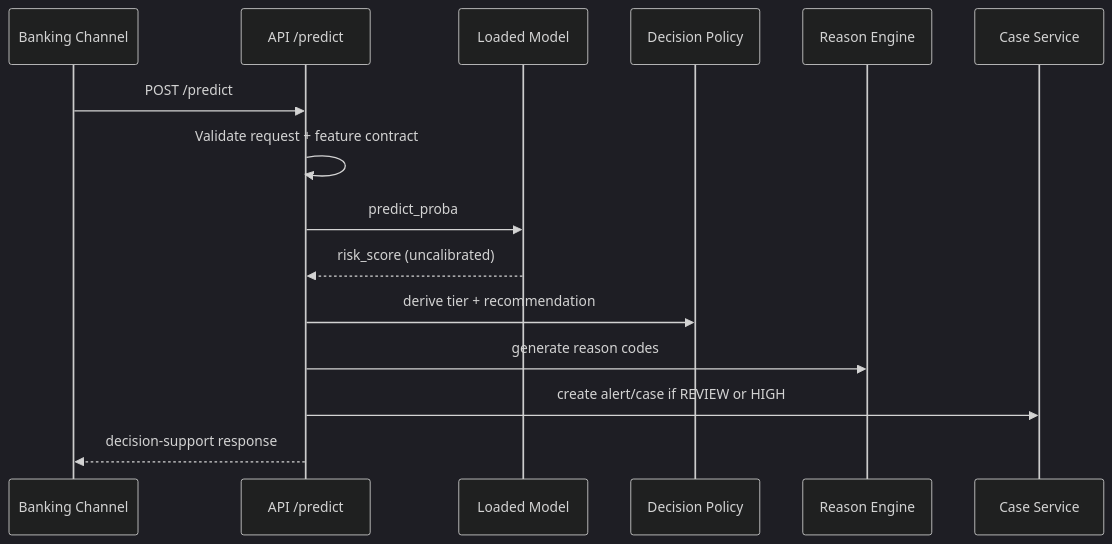
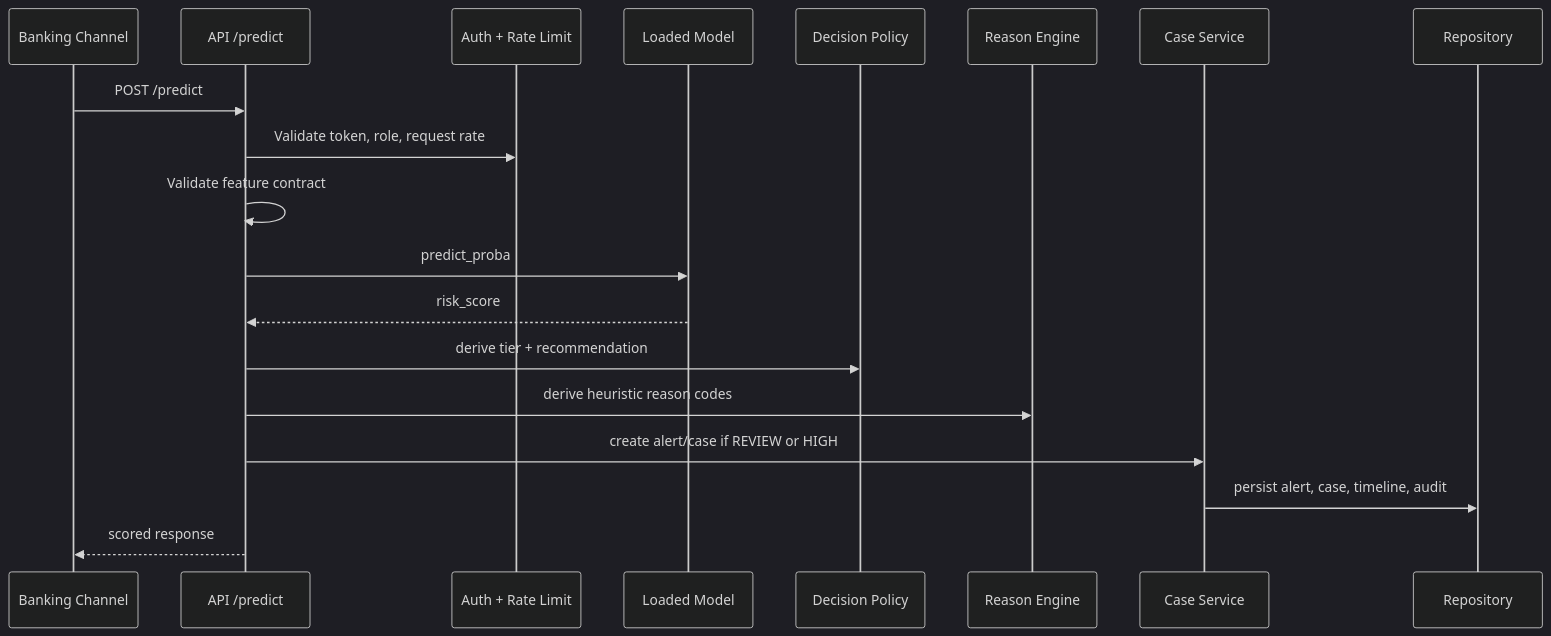
Before and after one commit to AnBinh1703/Final_Project_DMM501_Group1: the second of 3 diagrams in ARCHITECTURE.md, drawn with Mermaid (dark theme). The commit also changed other lines of this file and 22 other files, not shown here.

````diff
--- a/ARCHITECTURE.md
+++ b/ARCHITECTURE.md
@@ -33,18 +39,22 @@
 ```mermaid
 sequenceDiagram
   participant CH as Banking Channel
   participant API as API /predict
+  participant AUTH as Auth + Rate Limit
   participant M as Loaded Model
   participant P as Decision Policy
   participant R as Reason Engine
   participant C as Case Service
+  participant REPO as Repository
 
   CH->>API: POST /predict
-  API->>API: Validate request + feature contract
+  API->>AUTH: Validate token, role, request rate
+  API->>API: Validate feature contract
   API->>M: predict_proba
-  M-->>API: risk_score (uncalibrated)
+  M-->>API: risk_score
   API->>P: derive tier + recommendation
-  API->>R: generate reason codes
+  API->>R: derive heuristic reason codes
   API->>C: create alert/case if REVIEW or HIGH
-  API-->>CH: decision-support response
+  C->>REPO: persist alert, case, timeline, audit
+  API-->>CH: scored response
 ```
````
